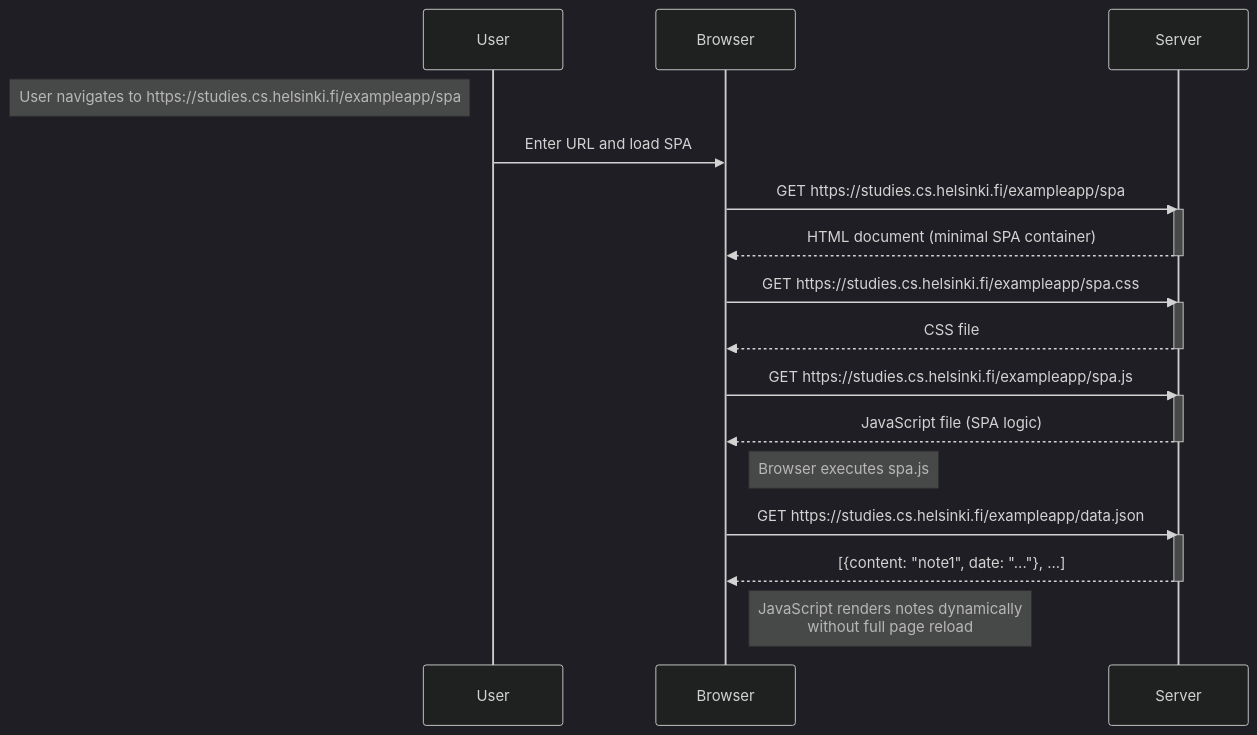
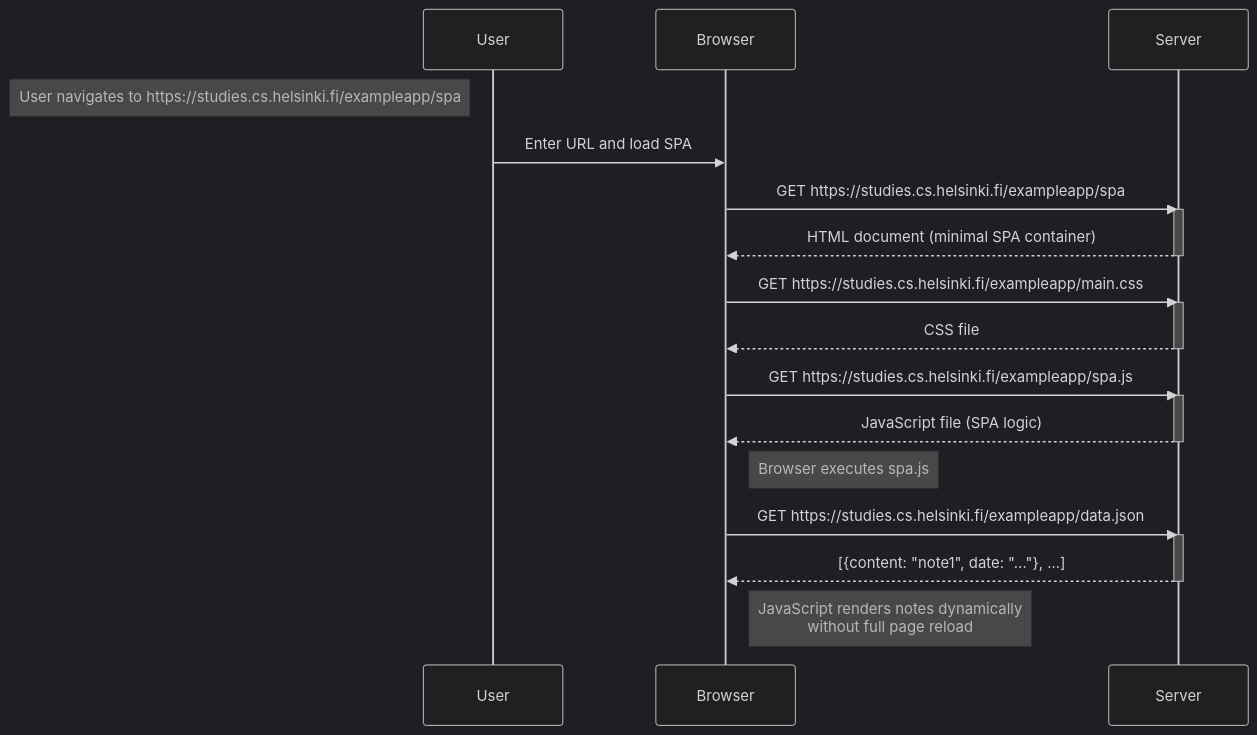
One commit to PatelKrishaS/fullstackopen changed the diagram in part0_Web_App_Fundamentals/0.5_single_page_app.md. Above: the diagram before and after it, drawn with Mermaid (dark theme).

Commit message:
fixed typos in spa diagram

````diff
--- a/part0_Web_App_Fundamentals/0.5_single_page_app.md
+++ b/part0_Web_App_Fundamentals/0.5_single_page_app.md
@@ -1,33 +1,33 @@
 ```mermaid
 sequenceDiagram
     participant User
     participant Browser
     participant Server
 
     Note left of User: User navigates to https://studies.cs.helsinki.fi/exampleapp/spa
 
     User->>Browser: Enter URL and load SPA
     Browser->>Server: GET https://studies.cs.helsinki.fi/exampleapp/spa
     activate Server
     Server-->>Browser: HTML document (minimal SPA container)
     deactivate Server
 
-    Browser->>Server: GET https://studies.cs.helsinki.fi/exampleapp/spa.css
+    Browser->>Server: GET https://studies.cs.helsinki.fi/exampleapp/main.css
     activate Server
     Server-->>Browser: CSS file
     deactivate Server
 
     Browser->>Server: GET https://studies.cs.helsinki.fi/exampleapp/spa.js
     activate Server
     Server-->>Browser: JavaScript file (SPA logic)
     deactivate Server
 
     Note right of Browser: Browser executes spa.js
 
     Browser->>Server: GET https://studies.cs.helsinki.fi/exampleapp/data.json
     activate Server
     Server-->>Browser: [{content: "note1", date: "..."}, ...]
     deactivate Server
 
     Note right of Browser: JavaScript renders notes dynamically<br>without full page reload
 ```
````
